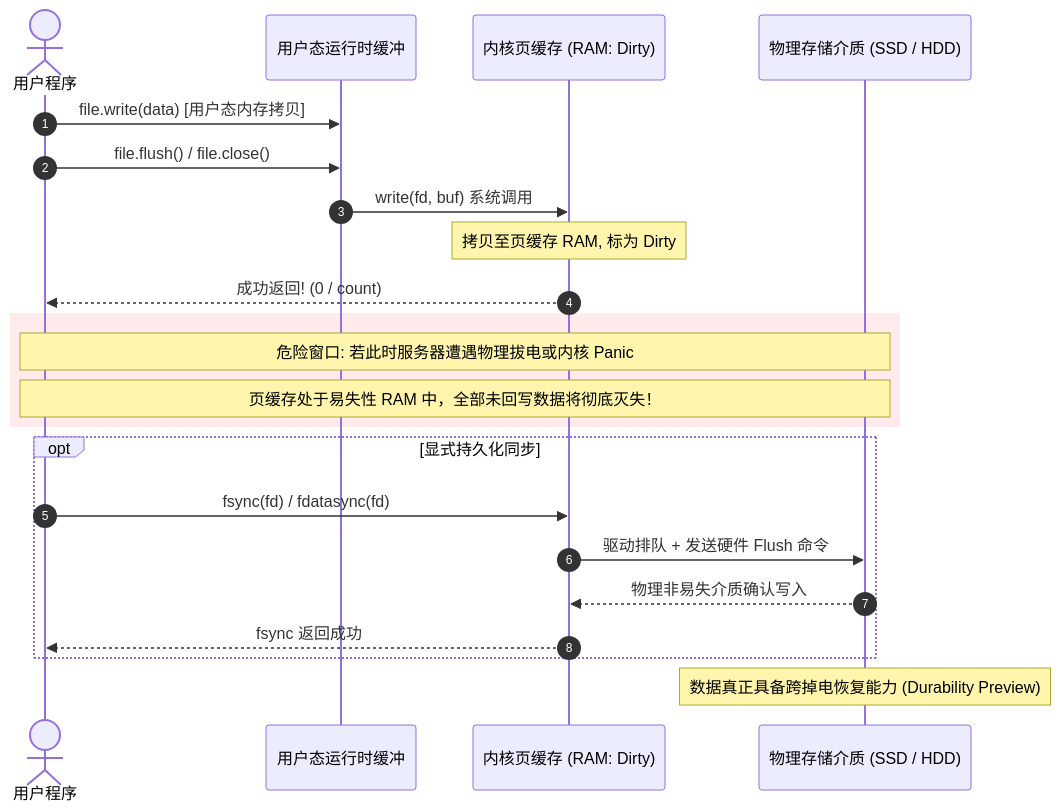
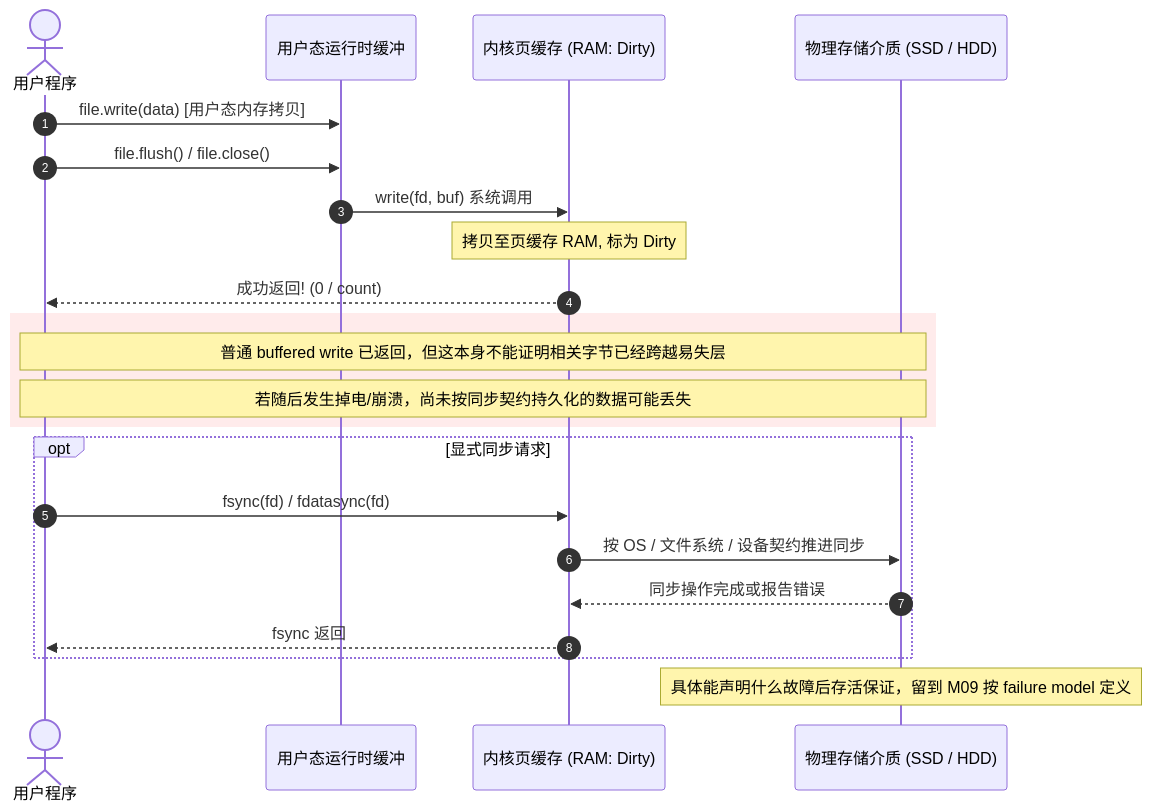
One commit to CN-JJB/essential-cs changed the second of 2 diagrams in book/08-files-filesystems-io/L08-02.md. Above: the diagram before and after it, drawn with Mermaid. The commit also changed other lines of this file, not shown here.

Commit message:
Lead SIMPLE FIX: preserve M09 durability first-home and bound write/fsync claims

````diff
--- a/book/08-files-filesystems-io/L08-02.md
+++ b/book/08-files-filesystems-io/L08-02.md
@@ -91,27 +90,27 @@
 ```mermaid
 sequenceDiagram
     autonumber
     actor User as 用户程序
     participant UserBuf as 用户态运行时缓冲
     participant Kernel as 内核页缓存 (RAM: Dirty)
     participant Disk as 物理存储介质 (SSD / HDD)
 
     User->>UserBuf: file.write(data) [用户态内存拷贝]
     User->>UserBuf: file.flush() / file.close()
     UserBuf->>Kernel: write(fd, buf) 系统调用
     Note over Kernel: 拷贝至页缓存 RAM, 标为 Dirty
     Kernel-->>User: 成功返回! (0 / count)
 
     rect rgb(255, 235, 235)
-        Note over User, Disk: 危险窗口: 若此时服务器遭遇物理拔电或内核 Panic
-        Note over User, Disk: 页缓存处于易失性 RAM 中，全部未回写数据将彻底灭失！
+        Note over User, Disk: 普通 buffered write 已返回，但这本身不能证明相关字节已经跨越易失层
+        Note over User, Disk: 若随后发生掉电/崩溃，尚未按同步契约持久化的数据可能丢失
     end
 
-    opt 显式持久化同步
+    opt 显式同步请求
         User->>Kernel: fsync(fd) / fdatasync(fd)
-        Kernel->>Disk: 驱动排队 + 发送硬件 Flush 命令
-        Disk-->>Kernel: 物理非易失介质确认写入
-        Kernel-->>User: fsync 返回成功
+        Kernel->>Disk: 按 OS / 文件系统 / 设备契约推进同步
+        Disk-->>Kernel: 同步操作完成或报告错误
+        Kernel-->>User: fsync 返回
     end
-    Note over Disk: 数据真正具备跨掉电恢复能力 (Durability Preview)
+    Note over Disk: 具体能声明什么故障后存活保证，留到 M09 按 failure model 定义
 ```
````
